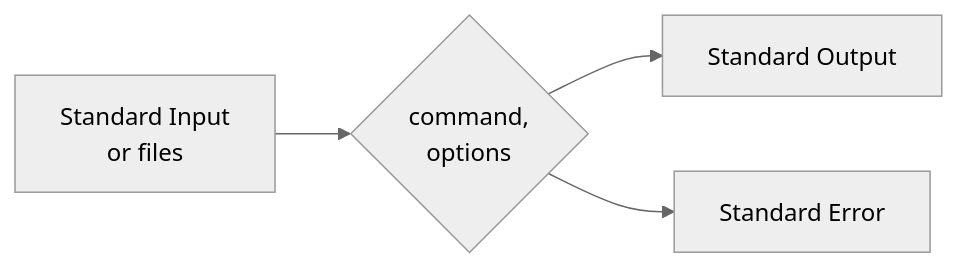
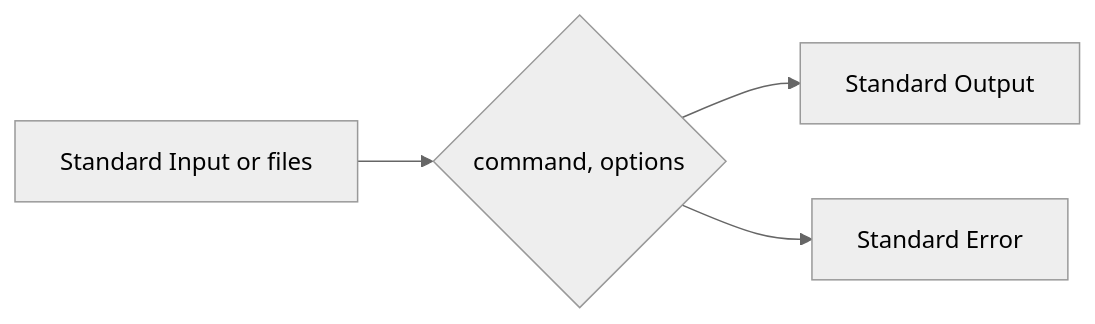
Before and after one commit to tcd/tupe: the second of 2 diagrams in markdown/the-unix-programming-environment/ch01.md, drawn with Mermaid (neutral theme). The commit also changed 4 other files, not shown here.

````diff
--- a/markdown/the-unix-programming-environment/ch01.md
+++ b/markdown/the-unix-programming-environment/ch01.md
@@ -1274,6 +1274,6 @@
 ```mermaid
 graph LR
-A[Standard Input <br/> or files] -->B{command, <br/>options}
+A[Standard Input or files] -->B{command, options}
 B-->C[Standard Output]
 B-->D[Standard Error]
 ```
````
